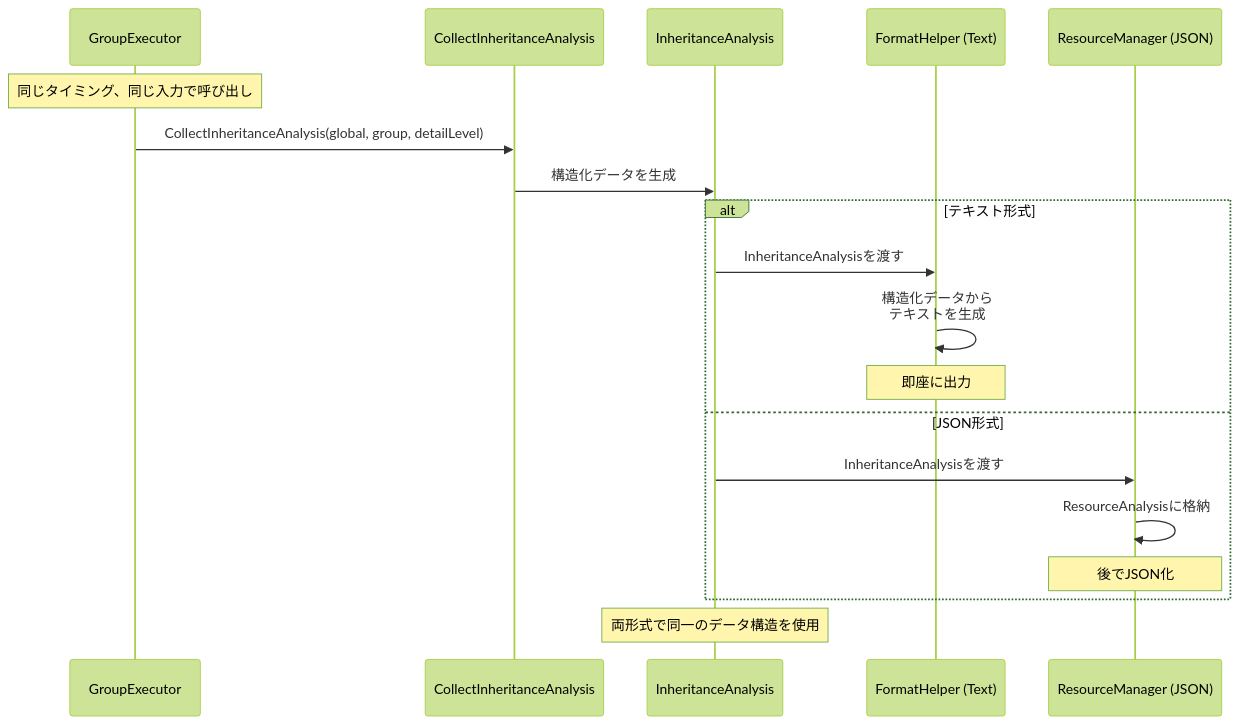
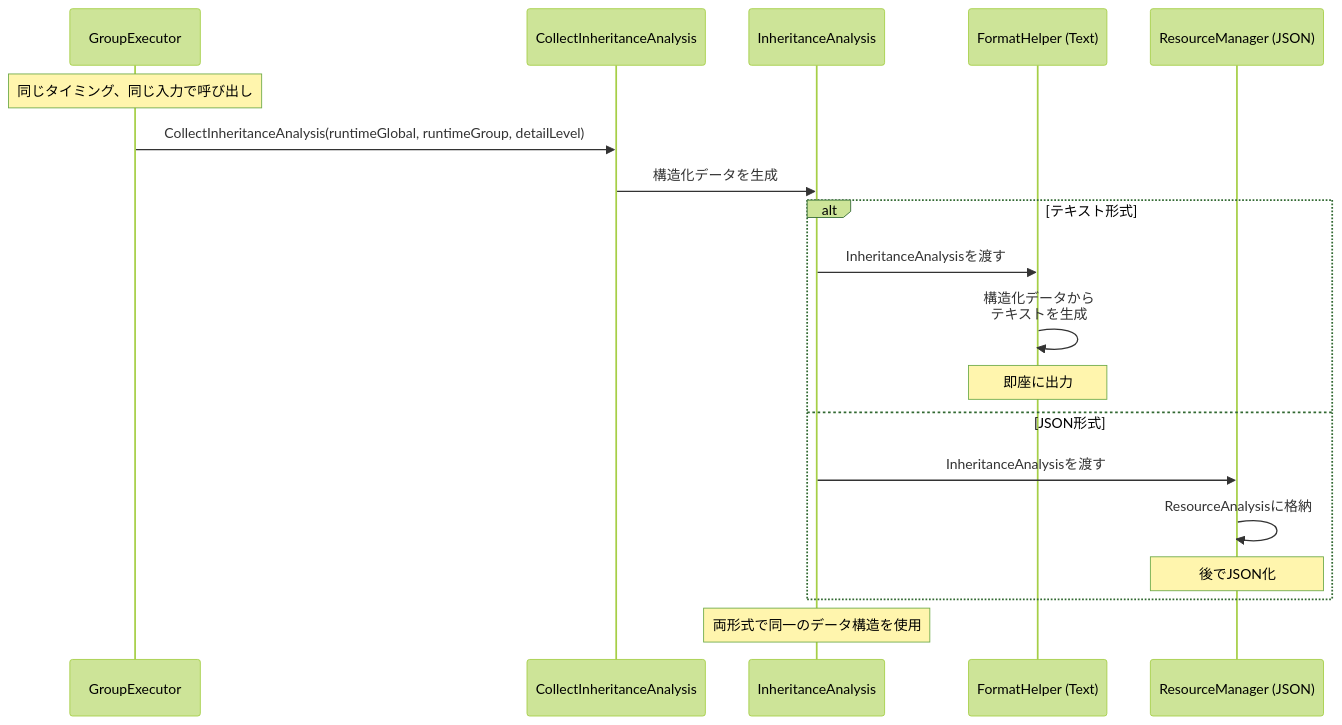
One commit to isseis/go-safe-cmd-runner changed the ninth of 15 diagrams in docs/tasks/0049_dryrun_debug_json_output/02_architecture.ja.md. Above: the diagram before and after it, drawn with Mermaid (forest theme). The commit also changed other lines of this file and 1 other file, not shown here.

First line of the commit message:
Fix inconsistencies in architecture document

````diff
--- a/docs/tasks/0049_dryrun_debug_json_output/02_architecture.ja.md
+++ b/docs/tasks/0049_dryrun_debug_json_output/02_architecture.ja.md
@@ -426,24 +425,24 @@
 ```mermaid
 sequenceDiagram
     participant GE as GroupExecutor
     participant DC as CollectInheritanceAnalysis
     participant Data as InheritanceAnalysis
     participant FH as FormatHelper (Text)
     participant RM as ResourceManager (JSON)
 
     Note over GE: 同じタイミング、同じ入力で呼び出し
-    GE->>DC: CollectInheritanceAnalysis(global, group, detailLevel)
+    GE->>DC: CollectInheritanceAnalysis(runtimeGlobal, runtimeGroup, detailLevel)
     DC->>Data: 構造化データを生成
 
     alt テキスト形式
         Data->>FH: InheritanceAnalysisを渡す
         FH->>FH: 構造化データから<br/>テキストを生成
         Note over FH: 即座に出力
     else JSON形式
         Data->>RM: InheritanceAnalysisを渡す
         RM->>RM: ResourceAnalysisに格納
         Note over RM: 後でJSON化
     end
 
     Note over Data: 両形式で同一のデータ構造を使用
 ```
````
